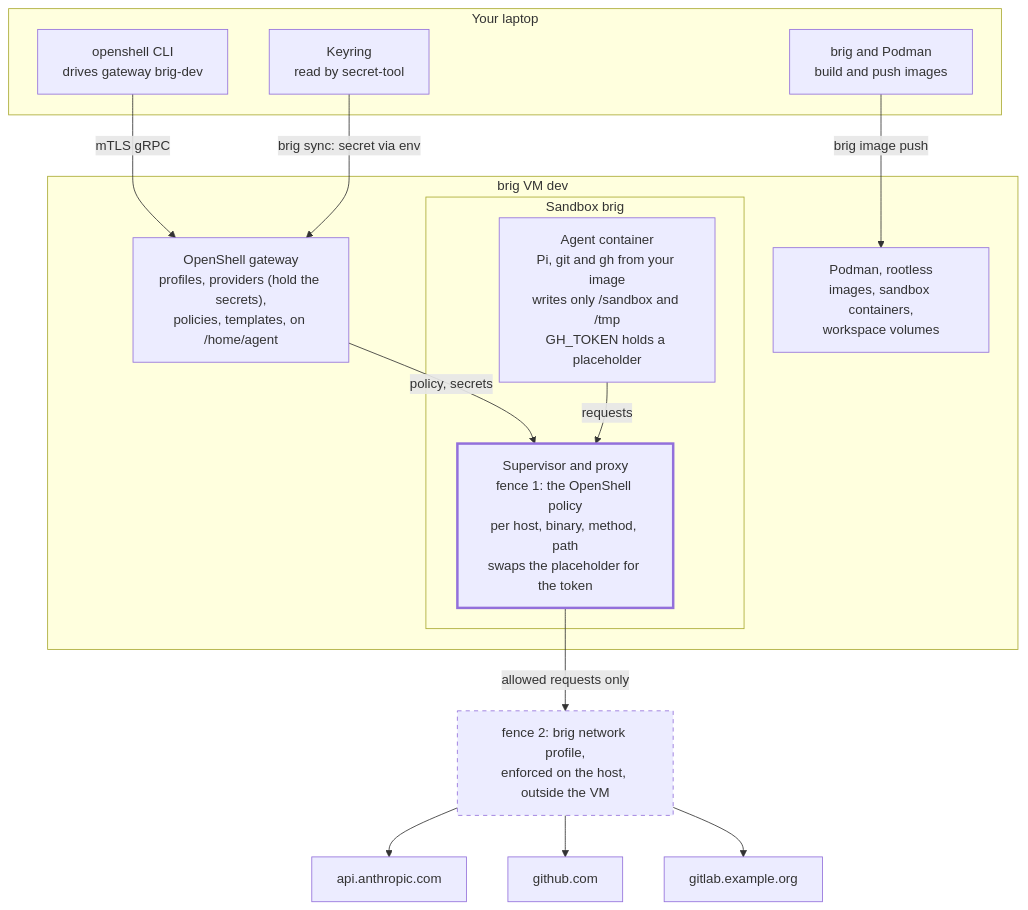
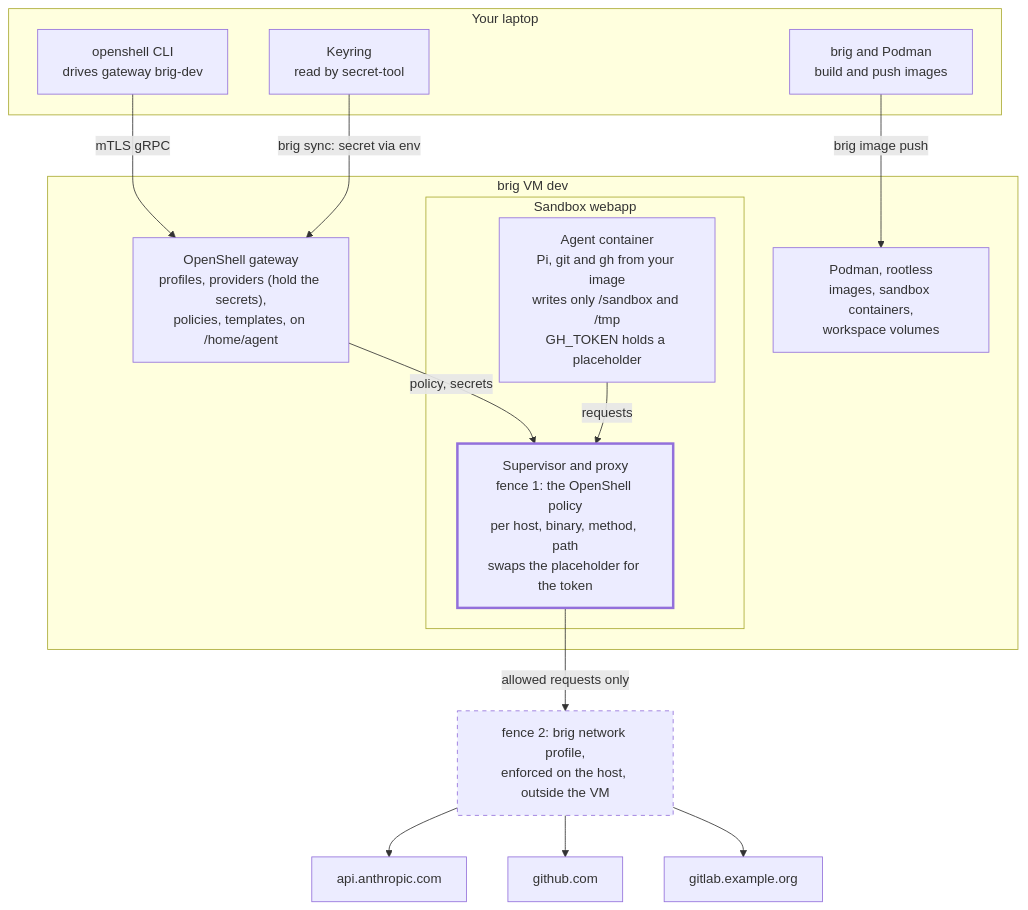
One commit to dennisklein/brig changed the first of 2 diagrams in docs/openshell.md. Above: the diagram before and after it, drawn with Mermaid. The commit also changed other lines of this file and 1 other file, not shown here.

````diff
--- a/docs/openshell.md
+++ b/docs/openshell.md
@@ -11,29 +24,29 @@
 ```mermaid
 flowchart TB
   subgraph host["Your laptop"]
     cli["openshell CLI<br/>drives gateway brig-dev"]
     keyring["Keyring<br/>read by secret-tool"]
     hostpodman["brig and Podman<br/>build and push images"]
   end
   subgraph vm["brig VM dev"]
     gateway["OpenShell gateway<br/>profiles, providers (hold the secrets),<br/>policies, templates, on /home/agent"]
     vmpodman["Podman, rootless<br/>images, sandbox containers,<br/>workspace volumes"]
-    subgraph sandbox["Sandbox brig"]
+    subgraph sandbox["Sandbox webapp"]
       agent["Agent container<br/>Pi, git and gh from your image<br/>writes only /sandbox and /tmp<br/>GH_TOKEN holds a placeholder"]
       proxy["Supervisor and proxy<br/>fence 1: the OpenShell policy<br/>per host, binary, method, path<br/>swaps the placeholder for the token"]
     end
   end
   fence["fence 2: brig network profile,<br/>enforced on the host, outside the VM"]
   anthropic["api.anthropic.com"]
   github["github.com"]
   gitlab["gitlab.example.org"]
   cli -- "mTLS gRPC" --> gateway
   keyring -- "brig sync: secret via env" --> gateway
   hostpodman -- "brig image push" --> vmpodman
   gateway -- "policy, secrets" --> proxy
   agent -- requests --> proxy
   proxy -- "allowed requests only" --> fence
   fence --> anthropic & github & gitlab
   style proxy stroke-width:3px
   style fence stroke-dasharray: 5 5
 ```
````
